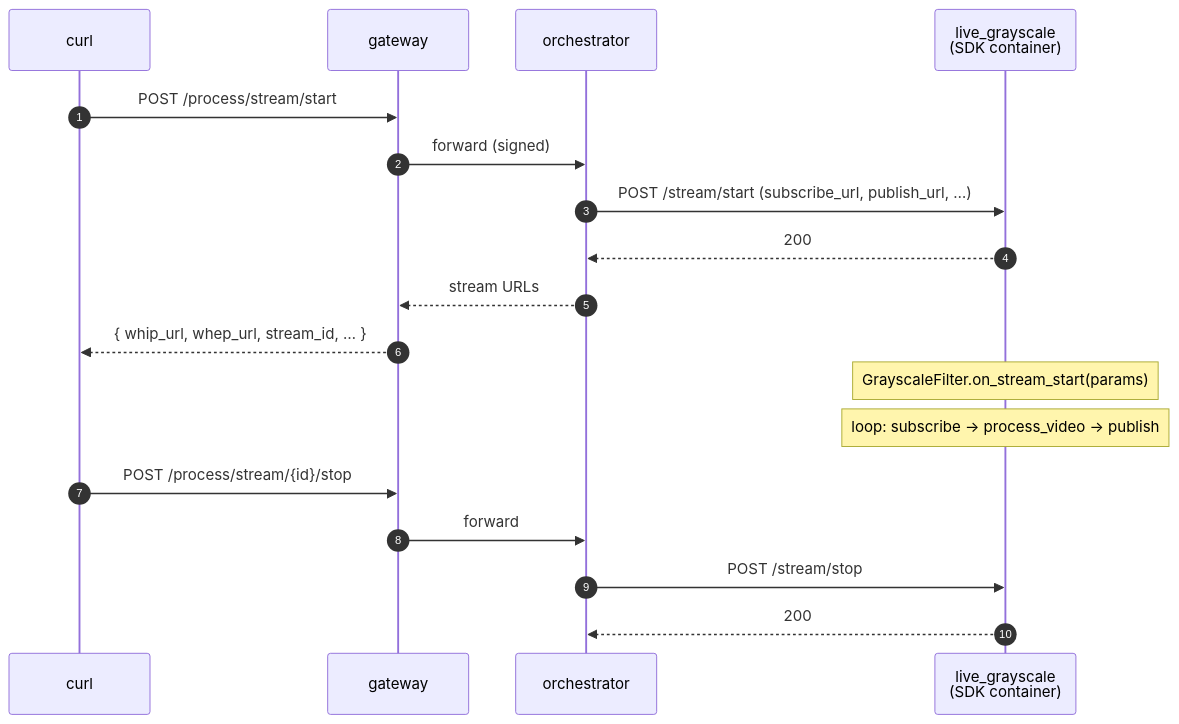
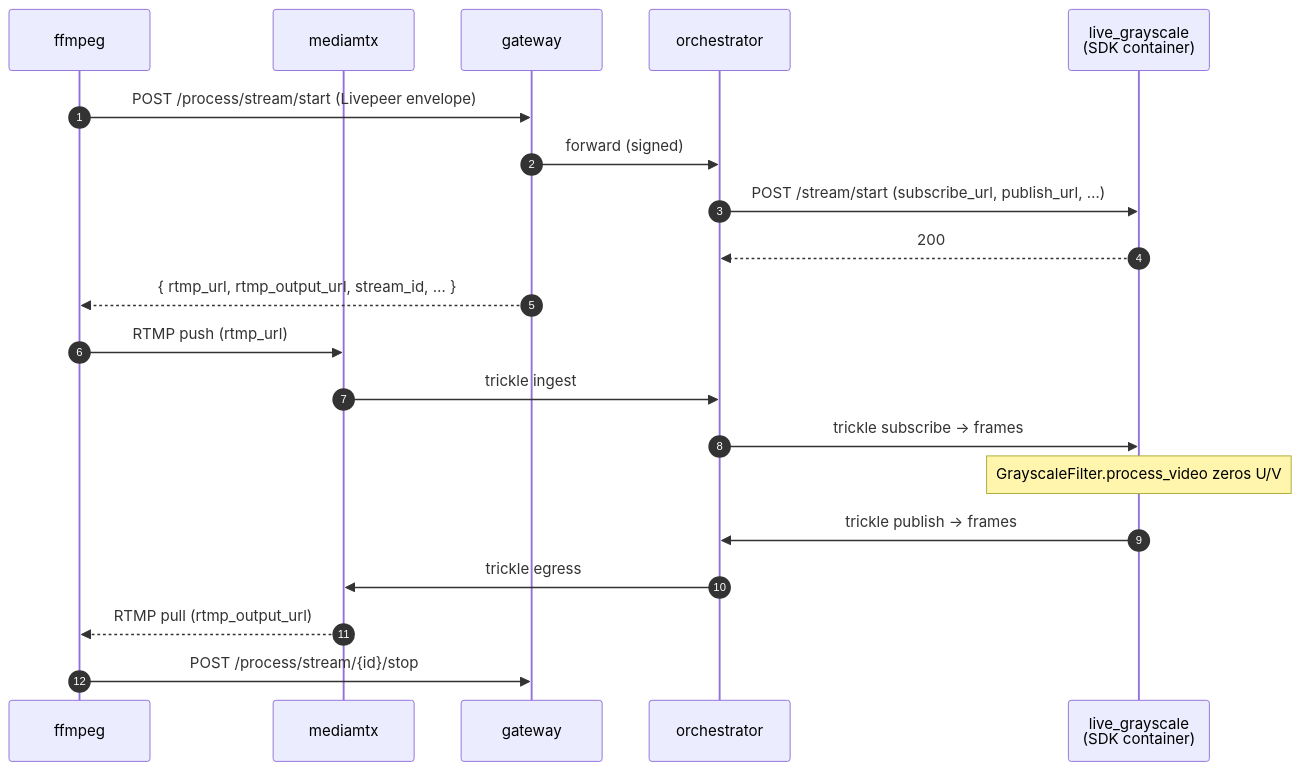
Before and after one commit to livepeer/livepeer-python-gateway: the diagram in examples/runner/live_grayscale/README.md, drawn with Mermaid. The commit also changed other lines of this file and 6 other files, not shown here.

First line of the commit message:
refactor(live_grayscale): full E2E via mediamtx, drop direct-runner smoke

````diff
--- a/examples/runner/live_grayscale/README.md
+++ b/examples/runner/live_grayscale/README.md
@@ -39,23 +39,25 @@
 ```mermaid
 sequenceDiagram
     autonumber
-    participant curl
+    participant ffmpeg
+    participant mediamtx
     participant gateway
     participant orchestrator
     participant live_grayscale as live_grayscale<br/>(SDK container)
 
-    curl->>gateway: POST /process/stream/start
+    ffmpeg->>gateway: POST /process/stream/start (Livepeer envelope)
     gateway->>orchestrator: forward (signed)
     orchestrator->>live_grayscale: POST /stream/start (subscribe_url, publish_url, …)
     live_grayscale-->>orchestrator: 200
-    orchestrator-->>gateway: stream URLs
-    gateway-->>curl: { whip_url, whep_url, stream_id, … }
+    gateway-->>ffmpeg: { rtmp_url, rtmp_output_url, stream_id, … }
 
-    Note over live_grayscale: GrayscaleFilter.on_stream_start(params)
-    Note over live_grayscale: loop: subscribe → process_video → publish
+    ffmpeg->>mediamtx: RTMP push (rtmp_url)
+    mediamtx->>orchestrator: trickle ingest
+    orchestrator->>live_grayscale: trickle subscribe → frames
+    Note over live_grayscale: GrayscaleFilter.process_video zeros U/V
+    live_grayscale->>orchestrator: trickle publish → frames
+    orchestrator->>mediamtx: trickle egress
+    mediamtx-->>ffmpeg: RTMP pull (rtmp_output_url)
 
-    curl->>gateway: POST /process/stream/{id}/stop
-    gateway->>orchestrator: forward
-    orchestrator->>live_grayscale: POST /stream/stop
-    live_grayscale-->>orchestrator: 200
+    ffmpeg->>gateway: POST /process/stream/{id}/stop
 ```
````
